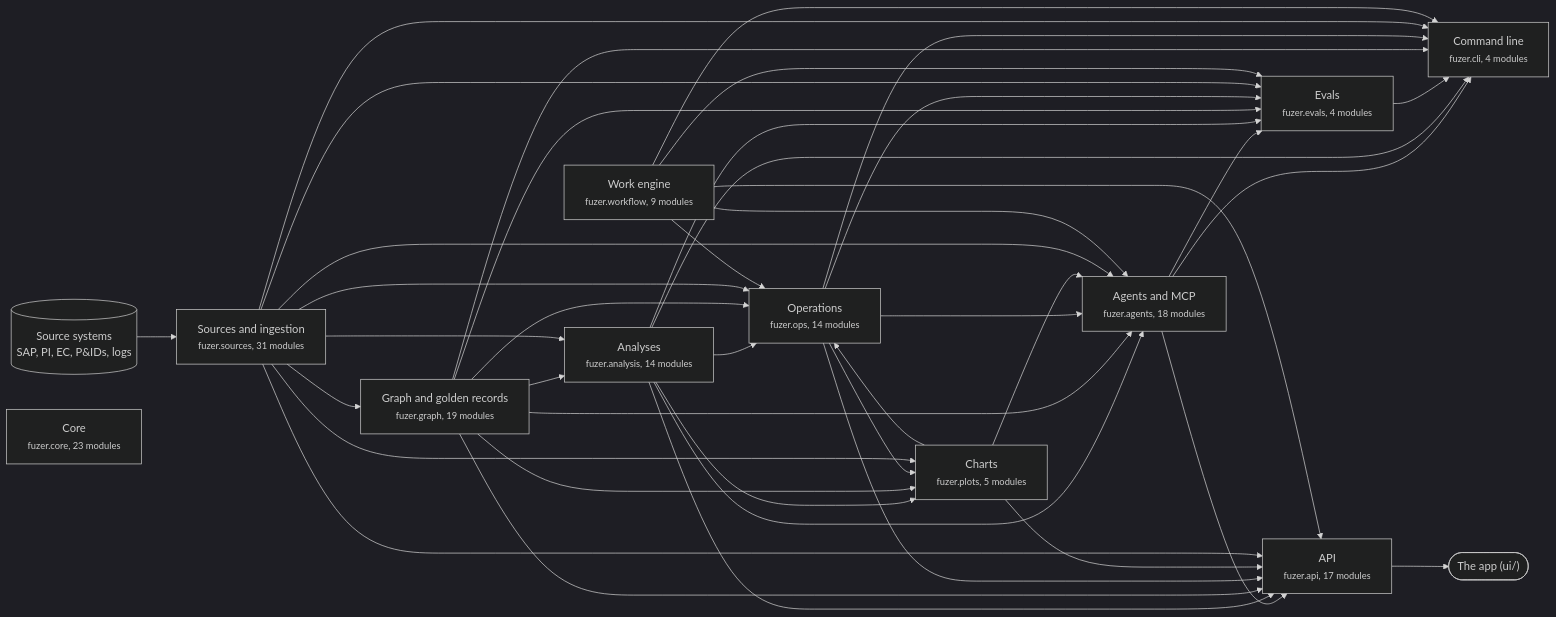
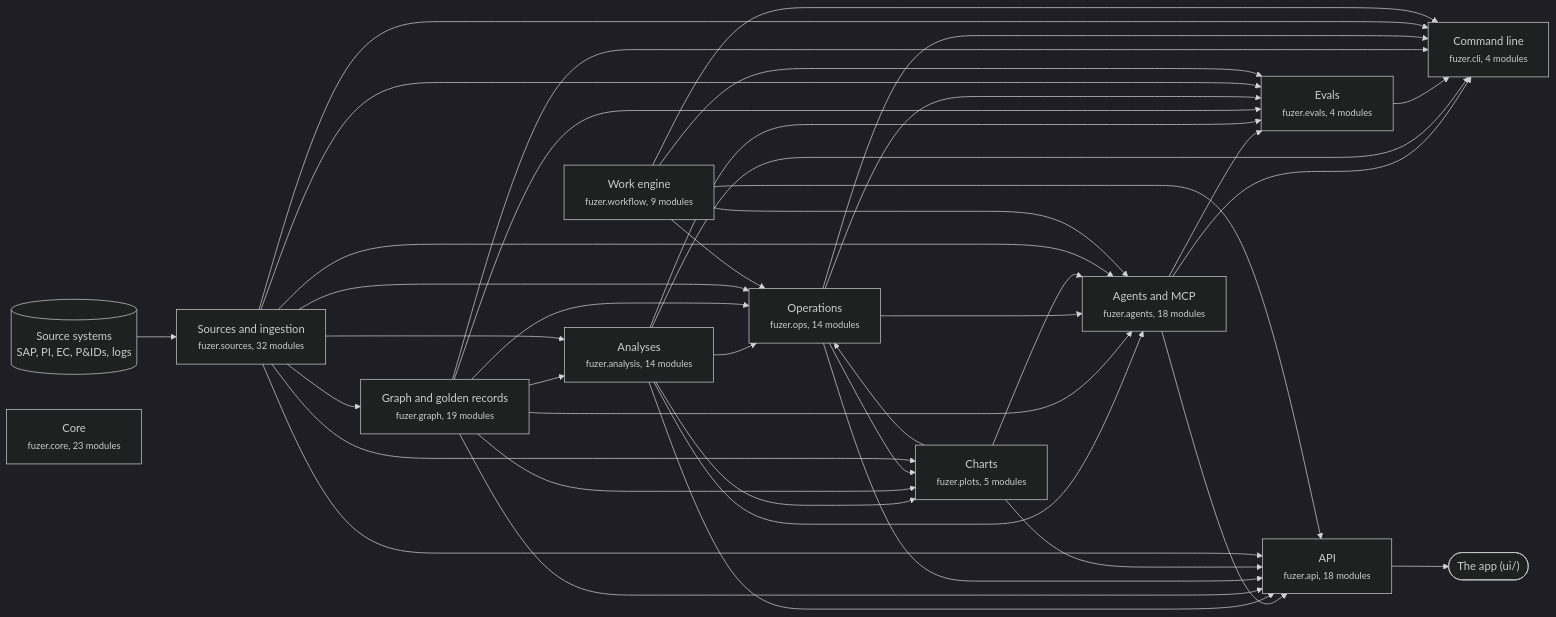
The first of 3 diagrams in docs/architecture.md (areed145/fuzer), drawn with Mermaid (dark theme) before and after one commit. The commit also changed other lines of this file and 19 other files, not shown here.

````diff
--- a/docs/architecture.md
+++ b/docs/architecture.md
@@ -8,66 +8,66 @@
 ```mermaid
 flowchart LR
   systems[("Source systems<br>SAP, PI, EC, P&IDs, logs")] --> c_sources
   app(["The app (ui/)"])
   c_api --> app
-  c_sources["Sources and ingestion<br><small>fuzer.sources, 31 modules</small>"]
+  c_sources["Sources and ingestion<br><small>fuzer.sources, 32 modules</small>"]
   c_graph["Graph and golden records<br><small>fuzer.graph, 19 modules</small>"]
   c_analysis["Analyses<br><small>fuzer.analysis, 14 modules</small>"]
   c_ops["Operations<br><small>fuzer.ops, 14 modules</small>"]
   c_plots["Charts<br><small>fuzer.plots, 5 modules</small>"]
   c_workflow["Work engine<br><small>fuzer.workflow, 9 modules</small>"]
   c_agents["Agents and MCP<br><small>fuzer.agents, 18 modules</small>"]
   c_evals["Evals<br><small>fuzer.evals, 4 modules</small>"]
-  c_api["API<br><small>fuzer.api, 17 modules</small>"]
+  c_api["API<br><small>fuzer.api, 18 modules</small>"]
   c_cli["Command line<br><small>fuzer.cli, 4 modules</small>"]
   c_core["Core<br><small>fuzer.core, 23 modules</small>"]
   c_sources --> c_graph
   c_graph --> c_analysis
   c_sources --> c_analysis
   c_analysis --> c_ops
   c_graph --> c_ops
   c_plots --> c_ops
   c_sources --> c_ops
   c_workflow --> c_ops
   c_analysis --> c_plots
   c_graph --> c_plots
   c_ops --> c_plots
   c_sources --> c_plots
   c_analysis --> c_agents
   c_graph --> c_agents
   c_ops --> c_agents
   c_plots --> c_agents
   c_sources --> c_agents
   c_workflow --> c_agents
   c_agents --> c_evals
   c_analysis --> c_evals
   c_graph --> c_evals
   c_ops --> c_evals
   c_sources --> c_evals
   c_workflow --> c_evals
   c_agents --> c_api
   c_analysis --> c_api
   c_graph --> c_api
   c_ops --> c_api
   c_plots --> c_api
   c_sources --> c_api
   c_workflow --> c_api
   c_agents --> c_cli
   c_analysis --> c_cli
   c_evals --> c_cli
   c_graph --> c_cli
   c_ops --> c_cli
   c_sources --> c_cli
   c_workflow --> c_cli
   click c_sources "https://github.com/areed145/fuzer/tree/main/src/fuzer/sources"
   click c_graph "https://github.com/areed145/fuzer/tree/main/src/fuzer/graph"
   click c_analysis "https://github.com/areed145/fuzer/tree/main/src/fuzer/analysis"
   click c_ops "https://github.com/areed145/fuzer/tree/main/src/fuzer/ops"
   click c_plots "https://github.com/areed145/fuzer/tree/main/src/fuzer/plots"
   click c_workflow "https://github.com/areed145/fuzer/tree/main/src/fuzer/workflow"
   click c_agents "https://github.com/areed145/fuzer/tree/main/src/fuzer/agents"
   click c_evals "https://github.com/areed145/fuzer/tree/main/src/fuzer/evals"
   click c_api "https://github.com/areed145/fuzer/tree/main/src/fuzer/api"
   click c_cli "https://github.com/areed145/fuzer/tree/main/src/fuzer/cli"
   click c_core "https://github.com/areed145/fuzer/tree/main/src/fuzer/core"
 ```
````
